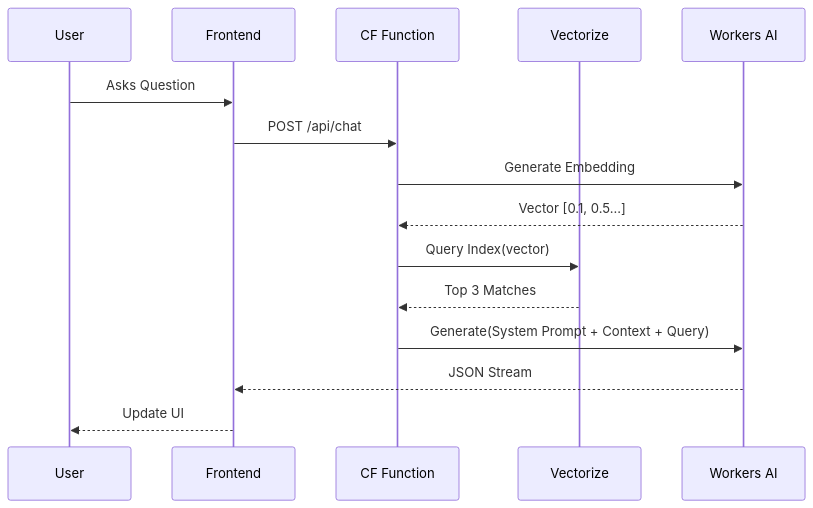
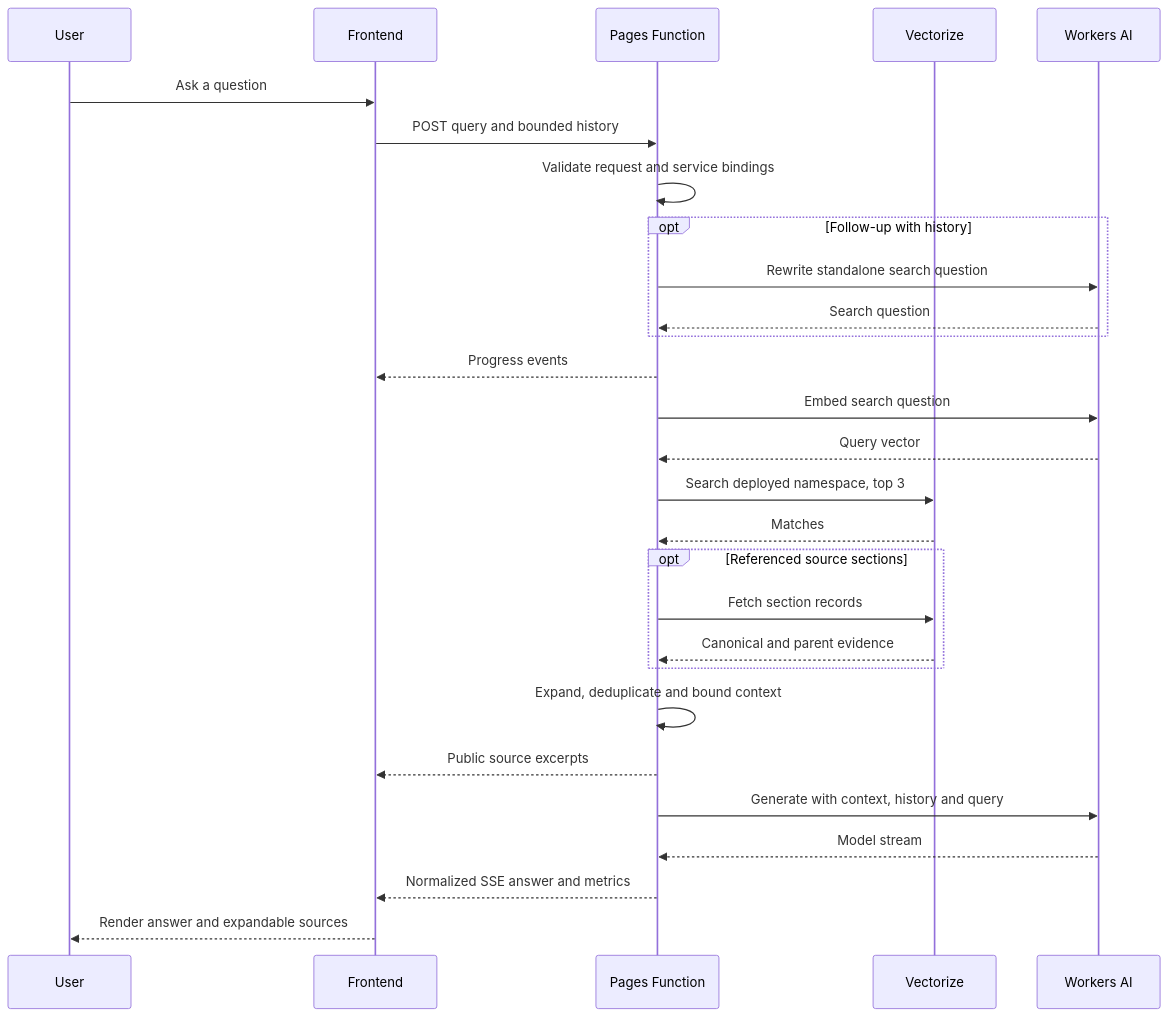
One commit to sgama/sg changed the first of 2 diagrams in content/posts/2026-01-25-ai-chat/index.md. Above: the diagram before and after it, drawn with Mermaid. The commit also changed other lines of this file and 20 other files, not shown here.

```diff
--- a/content/posts/2026-01-25-ai-chat/index.md
+++ b/content/posts/2026-01-25-ai-chat/index.md
@@ -66,18 +31,30 @@
 {{< mermaid >}}
 sequenceDiagram
 participant User
 participant Frontend
-participant Function as CF Function
+participant Function as Pages Function
 participant VectorDB as Vectorize
 participant AI as Workers AI
-
-User->>Frontend: Asks Question
-Frontend->>Function: POST /api/chat
-Function->>AI: Generate Embedding
-AI-->>Function: Vector [0.1, 0.5...]
-Function->>VectorDB: Query Index(vector)
-VectorDB-->>Function: Top 3 Matches
-Function->>AI: Generate(System Prompt + Context + Query)
-AI-->>Frontend: JSON Stream
-Frontend-->>User: Update UI
+User->>Frontend: Ask a question
+Frontend->>Function: POST query and bounded history
+Function->>Function: Validate request and service bindings
+opt Follow-up with history
+    Function->>AI: Rewrite standalone search question
+    AI-->>Function: Search question
+end
+Function-->>Frontend: Progress events
+Function->>AI: Embed search question
+AI-->>Function: Query vector
+Function->>VectorDB: Search deployed namespace, top 3
+VectorDB-->>Function: Matches
+opt Referenced source sections
+    Function->>VectorDB: Fetch section records
+    VectorDB-->>Function: Canonical and parent evidence
+end
+Function->>Function: Expand, deduplicate and bound context
+Function-->>Frontend: Public source excerpts
+Function->>AI: Generate with context, history and query
+AI-->>Function: Model stream
+Function-->>Frontend: Normalized SSE answer and metrics
+Frontend-->>User: Render answer and expandable sources
 {{< /mermaid >}}
```
